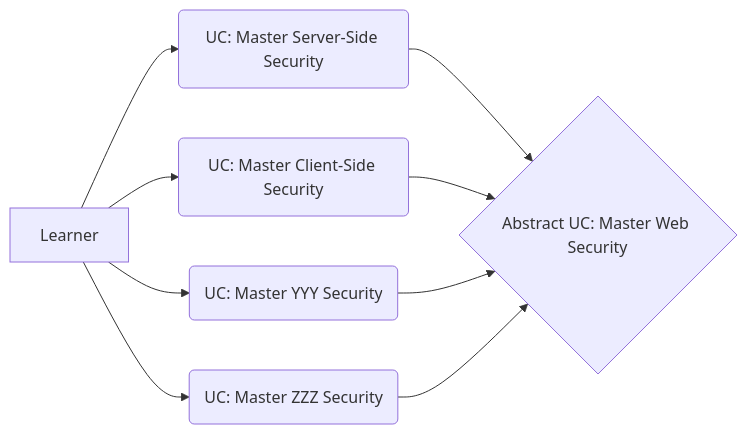
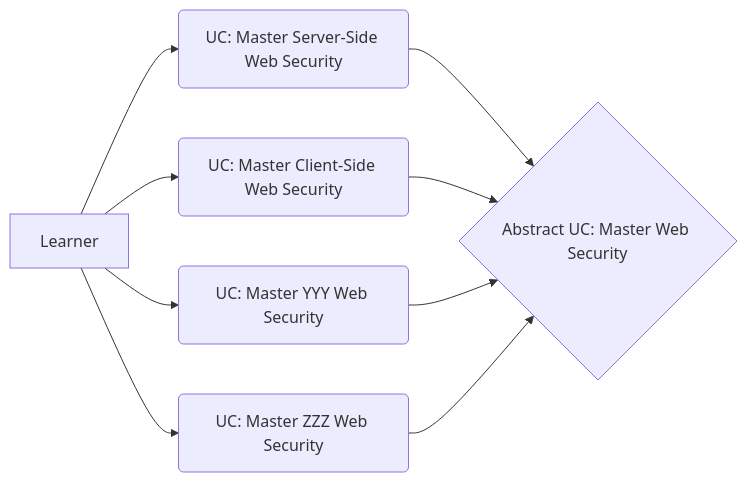
The diagram in index.qmd (vanHeemstraSystems/learning-web-security-use-cases), drawn with Mermaid before and after one commit.

````diff
--- a/index.qmd
+++ b/index.qmd
@@ -11,11 +11,11 @@
 ```{mermaid}
 flowchart LR
-  A[Learner] --> B(UC: Master Server-Side Security)
-  A[Learner] --> C(UC: Master Client-Side Security)
-  A[Learner] --> D(UC: Master YYY Security)
-  A[Learner] --> E(UC: Master ZZZ Security)
+  A[Learner] --> B(UC: Master Server-Side Web Security)
+  A[Learner] --> C(UC: Master Client-Side Web Security)
+  A[Learner] --> D(UC: Master YYY Web Security)
+  A[Learner] --> E(UC: Master ZZZ Web Security)
   B --> F{Abstract UC: Master Web Security}
   C --> F{Abstract UC: Master Web Security}
   D --> F{Abstract UC: Master Web Security}
   E --> F{Abstract UC: Master Web Security}
 ```
````
